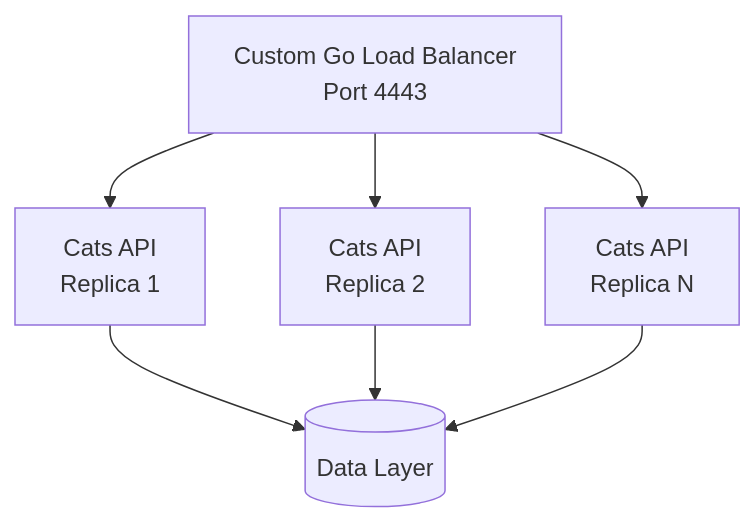
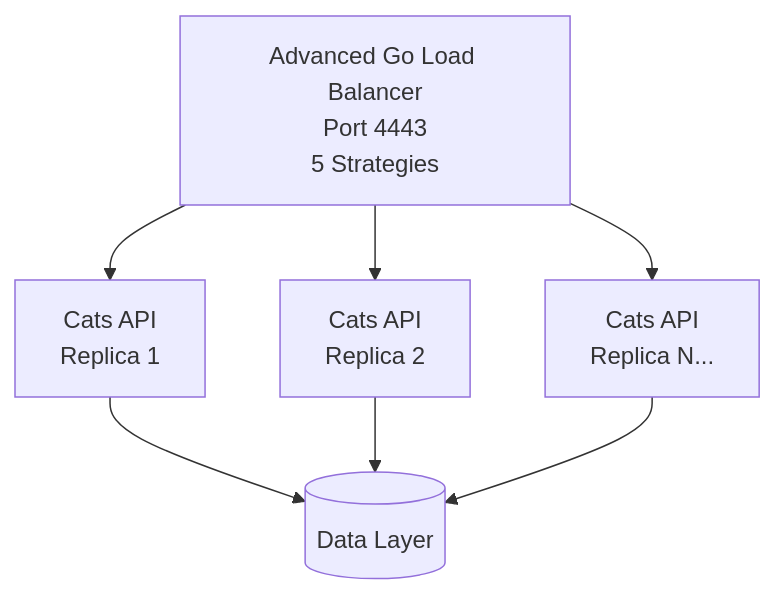
The diagram in README.md (St4r4x/GolangApp), drawn with Mermaid before and after one commit. The commit also changed other lines of this file and 22 other files, not shown here.

First line of the commit message:
feat: Enhance load balancer with multiple strategies and interactive demo

````diff
--- a/README.md
+++ b/README.md
@@ -44,10 +89,10 @@
 ```mermaid
 flowchart TD
-    LB[Custom Go Load Balancer<br/>Port 4443] --> API1[Cats API<br/>Replica 1]
+    LB[Advanced Go Load Balancer<br/>Port 4443<br/>5 Strategies] --> API1[Cats API<br/>Replica 1]
     LB --> API2[Cats API<br/>Replica 2]
-    LB --> API3[Cats API<br/>Replica N]
+    LB --> API3[Cats API<br/>Replica N...]
 
     API1 --> DB[(Data Layer)]
     API2 --> DB
     API3 --> DB
 ```
````
